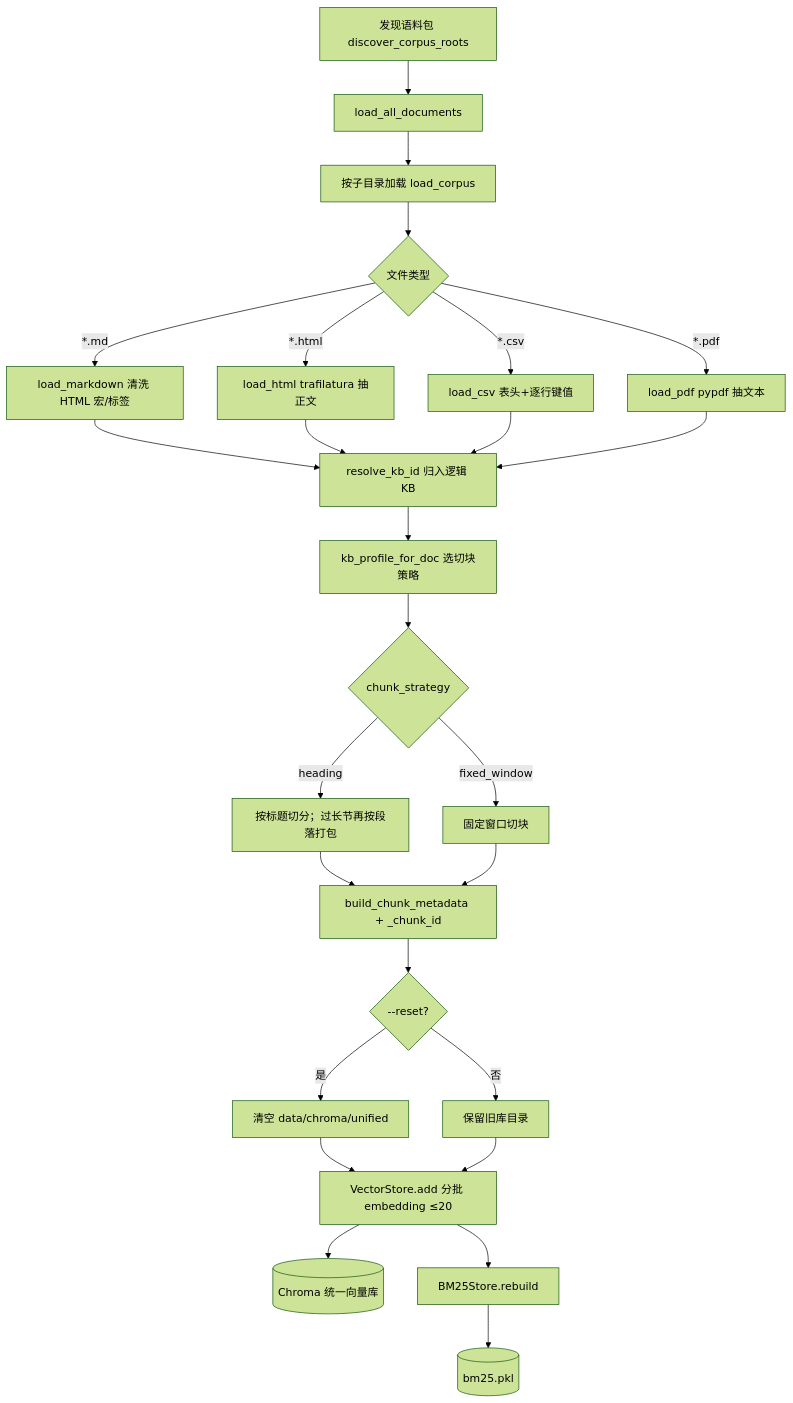
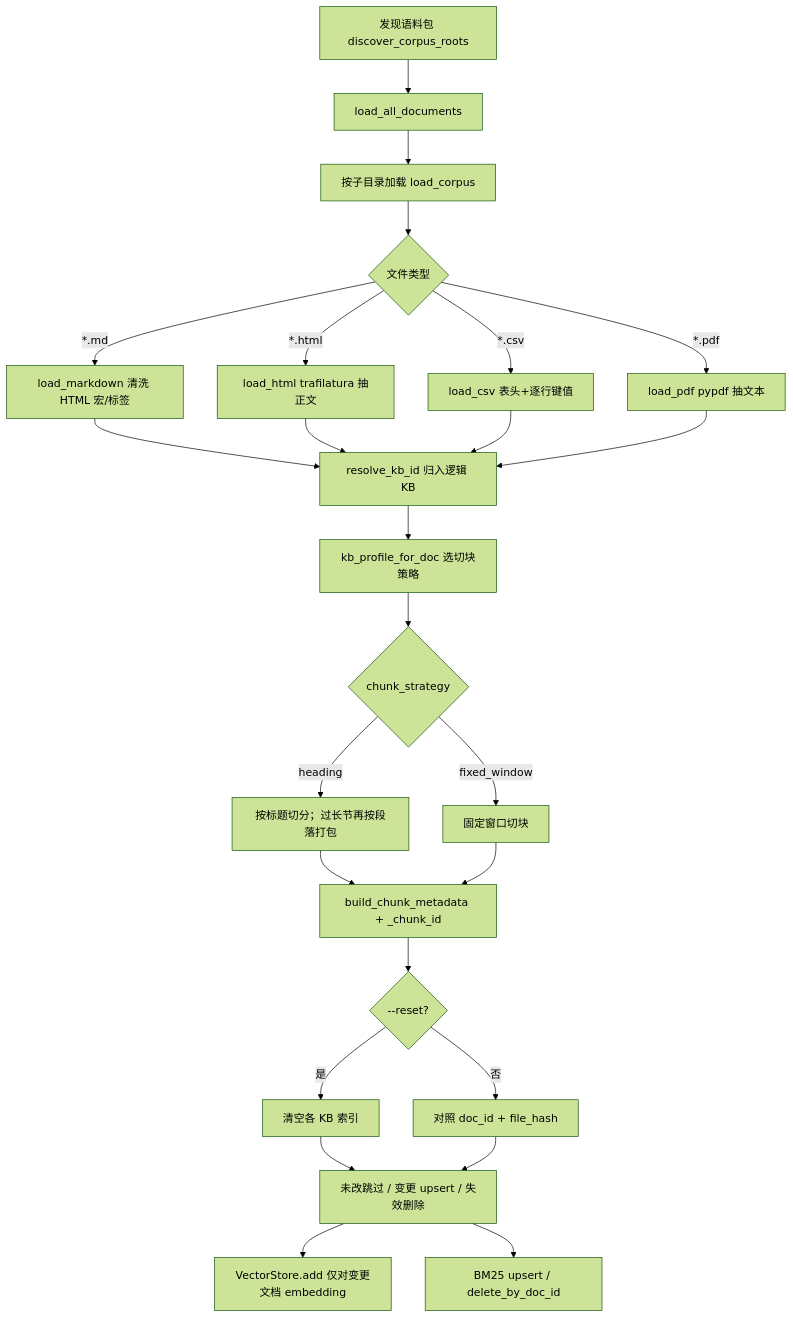
The diagram in docs/ingest-pipeline.md (Issho-lin/rag-knowledge-assistant), drawn with Mermaid (forest theme) before and after one commit. The commit also changed other lines of this file and 15 other files, not shown here.

````diff
--- a/docs/ingest-pipeline.md
+++ b/docs/ingest-pipeline.md
@@ -9,28 +8,27 @@
 ```mermaid
 flowchart TD
     A[发现语料包 discover_corpus_roots] --> B[load_all_documents]
     B --> C[按子目录加载 load_corpus]
     C --> D{文件类型}
     D -->|*.md| E[load_markdown 清洗 HTML 宏/标签]
     D -->|*.html| F[load_html trafilatura 抽正文]
     D -->|*.csv| G[load_csv 表头+逐行键值]
     D -->|*.pdf| H[load_pdf pypdf 抽文本]
     E --> I[resolve_kb_id 归入逻辑 KB]
     F --> I
     G --> I
     H --> I
     I --> J[kb_profile_for_doc 选切块策略]
     J --> K{chunk_strategy}
     K -->|heading| L[按标题切分；过长节再按段落打包]
     K -->|fixed_window| M[固定窗口切块]
     L --> N[build_chunk_metadata + _chunk_id]
     M --> N
     N --> O{--reset?}
-    O -->|是| P[清空 data/chroma/unified]
-    O -->|否| Q[保留旧库目录]
-    P --> R[VectorStore.add 分批 embedding ≤20]
+    O -->|是| P[清空各 KB 索引]
+    O -->|否| Q[对照 doc_id + file_hash]
+    P --> R[未改跳过 / 变更 upsert / 失效删除]
     Q --> R
-    R --> S[(Chroma 统一向量库)]
-    R --> T[BM25Store.rebuild]
-    T --> U[(bm25.pkl)]
+    R --> S[VectorStore.add 仅对变更文档 embedding]
+    R --> T[BM25 upsert / delete_by_doc_id]
 ```
````
